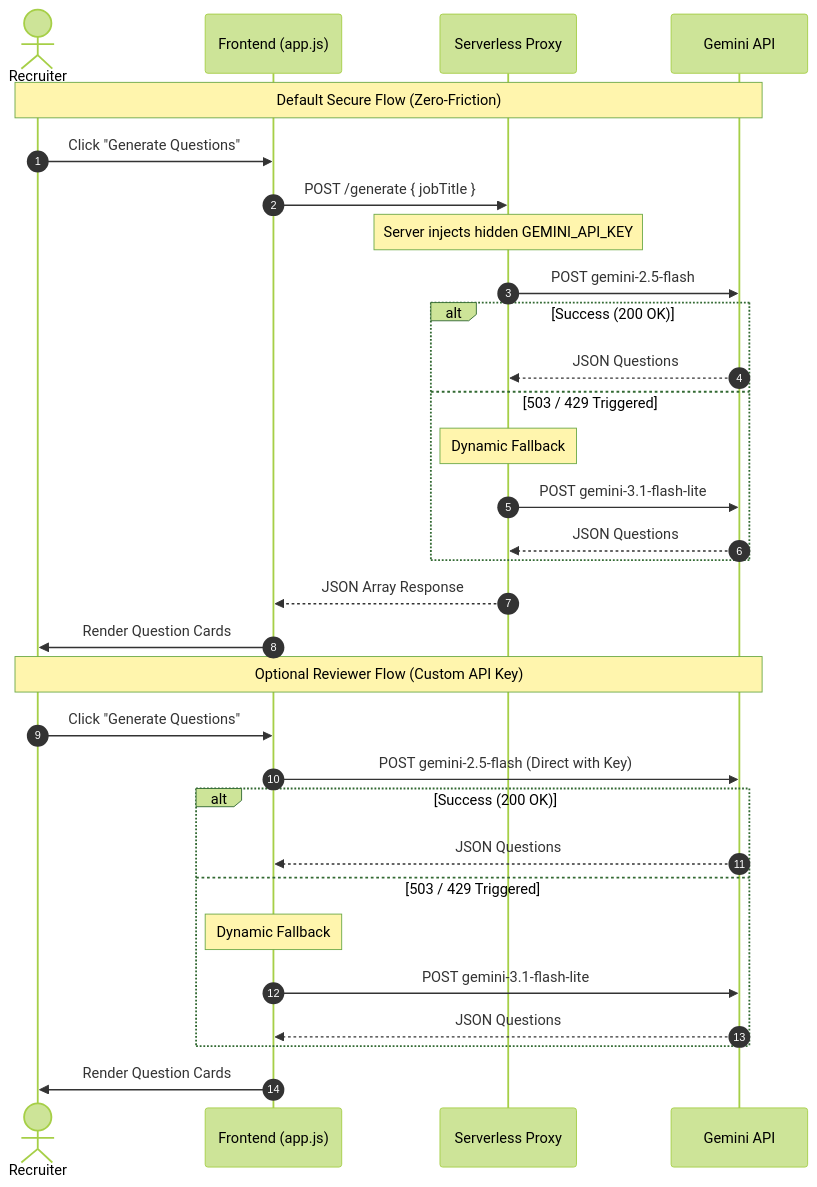
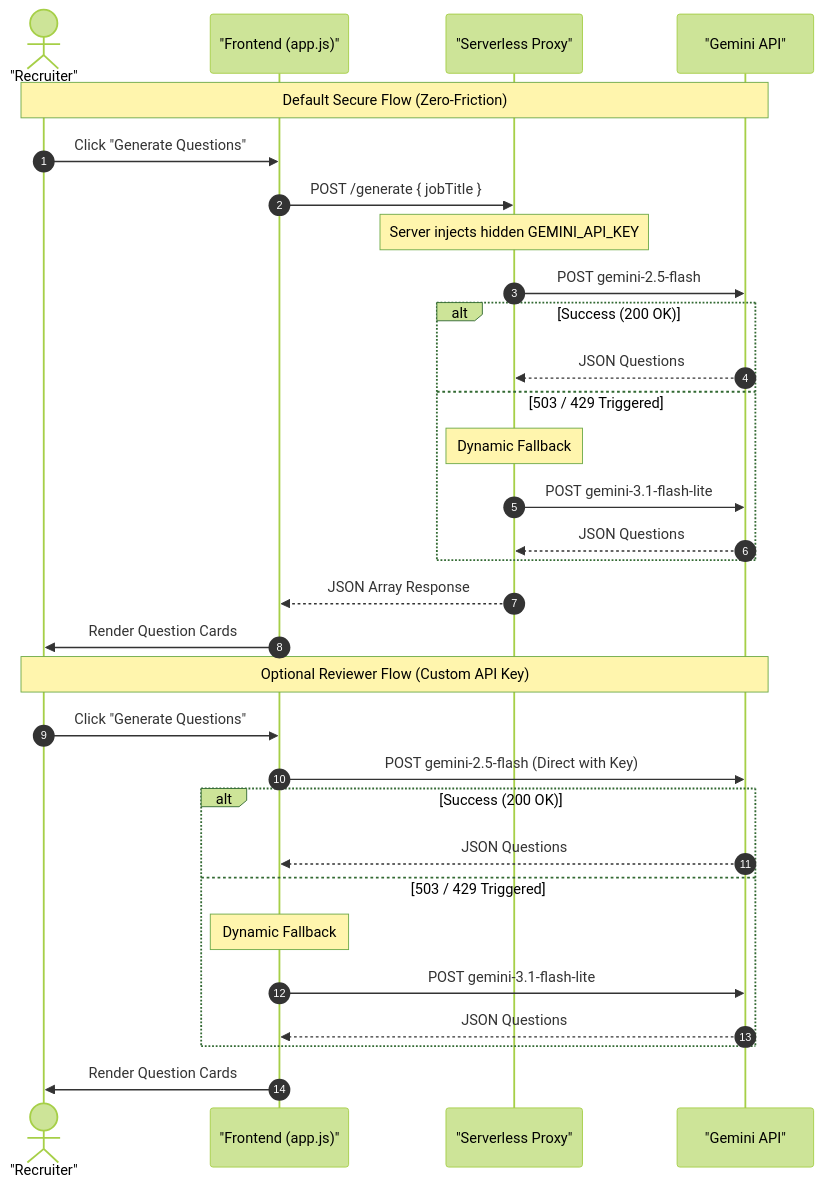
The second of 2 diagrams in README.md (Ebendttl/iq-gen), drawn with Mermaid (forest theme) before and after one commit. The commit also changed other lines of this file, not shown here.

Commit message:
style: cleanup Mermaid diagram syntax and formatting in README.md

````diff
--- a/README.md
+++ b/README.md
@@ -68,35 +68,35 @@
 ```mermaid
 sequenceDiagram
     autonumber
-    actor User as Recruiter
-    participant FE as Frontend (app.js)
-    participant Proxy as Serverless Proxy
-    participant Gemini as Gemini API
+    actor User as "Recruiter"
+    participant FE as "Frontend (app.js)"
+    participant Proxy as "Serverless Proxy"
+    participant Gemini as "Gemini API"
 
     Note over User,Gemini: Default Secure Flow (Zero-Friction)
     User->>FE: Click "Generate Questions"
     FE->>Proxy: POST /generate { jobTitle }
     Note over Proxy: Server injects hidden GEMINI_API_KEY
     Proxy->>Gemini: POST gemini-2.5-flash
     alt Success (200 OK)
         Gemini-->>Proxy: JSON Questions
     else 503 / 429 Triggered
         Note over Proxy: Dynamic Fallback
         Proxy->>Gemini: POST gemini-3.1-flash-lite
         Gemini-->>Proxy: JSON Questions
     end
     Proxy-->>FE: JSON Array Response
     FE->>User: Render Question Cards
 
     Note over User,Gemini: Optional Reviewer Flow (Custom API Key)
     User->>FE: Click "Generate Questions"
     FE->>Gemini: POST gemini-2.5-flash (Direct with Key)
     alt Success (200 OK)
         Gemini-->>FE: JSON Questions
     else 503 / 429 Triggered
         Note over FE: Dynamic Fallback
         FE->>Gemini: POST gemini-3.1-flash-lite
         Gemini-->>FE: JSON Questions
     end
     FE->>User: Render Question Cards
 ```
````
